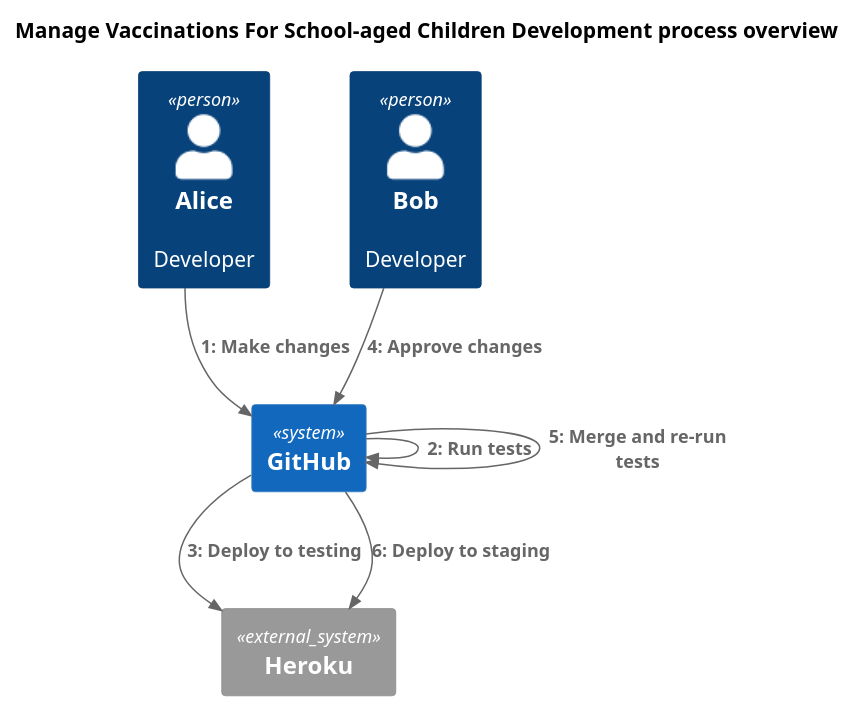
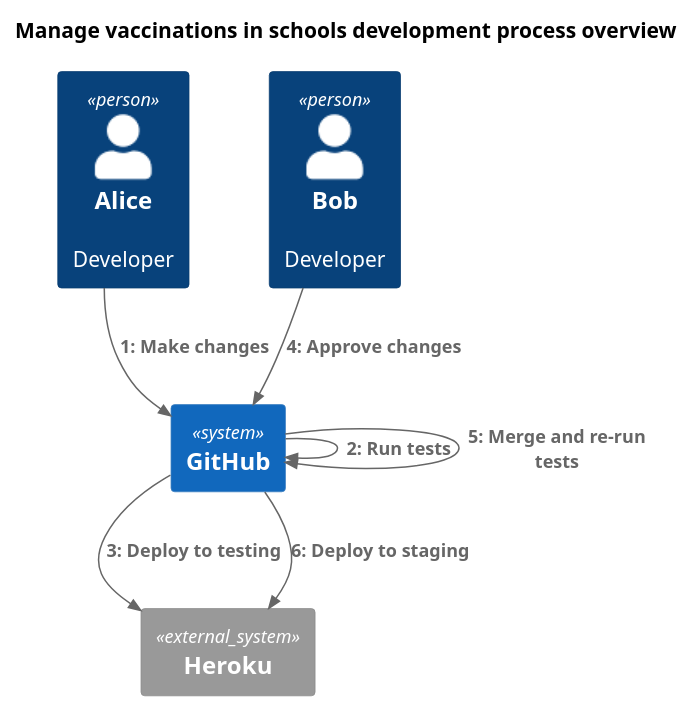
The diagram in docs/diagrams/development-process-overview.puml (nhsuk/manage-vaccinations-in-schools), drawn with PlantUML before and after one commit. The commit also changed 20 other files, not shown here.

```diff
--- a/docs/diagrams/development-process-overview.puml
+++ b/docs/diagrams/development-process-overview.puml
@@ -1,20 +1,20 @@
 @startuml
 
 !include <C4/C4_Dynamic.puml>
 
-title "Manage Vaccinations For School-aged Children Development process overview"
+title "Manage vaccinations in schools development process overview"
 
 Person(devA, "Alice", "Developer")
 Person(devB, "Bob", "Developer")
 
 System_Ext(heroku, "Heroku")
 System(github, "GitHub")
 
 Rel(devA, github, "Make changes")
 Rel(github, github, "Run tests")
 Rel(github, heroku, "Deploy to testing")
 Rel(devB, github, "Approve changes")
 Rel(github, github, "Merge and re-run tests")
 Rel(github, heroku, "Deploy to staging")
 
 @enduml
```
